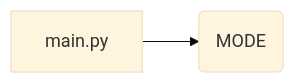
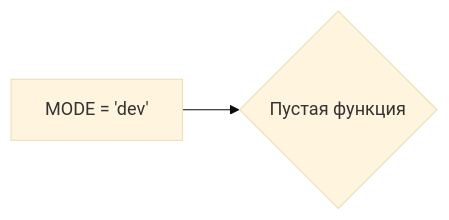
Before and after one commit to hypo69/hypo: the diagram in docs/gemini/ru/explainer/src/fast_api/gemini/backend/main.md, drawn with Mermaid (base theme). The commit also changed other lines of this file and 468 other files, not shown here.

````diff
--- a/docs/gemini/ru/explainer/src/fast_api/gemini/backend/main.md
+++ b/docs/gemini/ru/explainer/src/fast_api/gemini/backend/main.md
@@ -53,5 +51,4 @@
 ```mermaid
 graph LR
-    A[main.py] --> B(MODE);
-    
+    A[MODE = 'dev'] --> B{Пустая функция};
 ```
````
